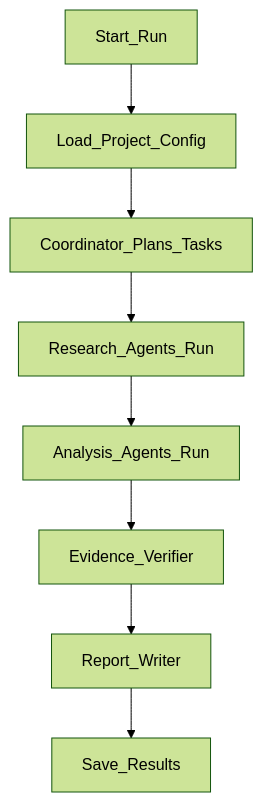
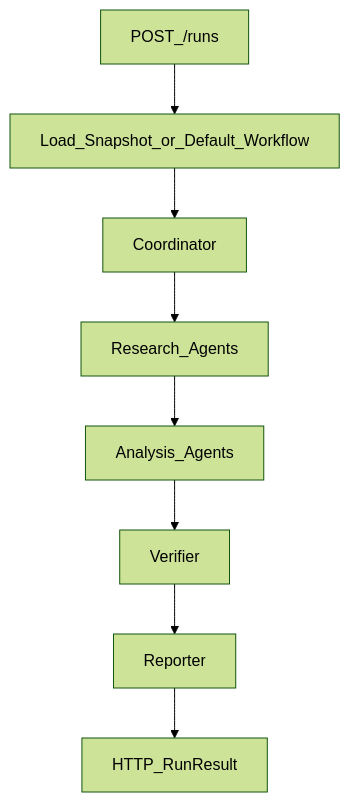
Before and after one commit to yuanjungod/DD_project: the second of 2 diagrams in docs/architecture.md, drawn with Mermaid (forest theme). The commit also changed other lines of this file and 54 other files, not shown here.

First line of the commit message:
feat: diligence sessions, resource UX, workflow templates, config merge

````diff
--- a/docs/architecture.md
+++ b/docs/architecture.md
@@ -73,10 +84,10 @@
 ```mermaid
 flowchart TD
-  Start[Start_Run] --> LoadConfig[Load_Project_Config]
-  LoadConfig --> PlanTasks[Coordinator_Plans_Tasks]
-  PlanTasks --> Research[Research_Agents_Run]
-  Research --> Analyze[Analysis_Agents_Run]
-  Analyze --> Verify[Evidence_Verifier]
-  Verify --> Report[Report_Writer]
-  Report --> SaveResults[Save_Results]
+  Start[POST_/runs] --> LoadConfig[Load_Snapshot_or_Default_Workflow]
+  LoadConfig --> Coordinator[Coordinator]
+  Coordinator --> Research[Research_Agents]
+  Research --> Analyze[Analysis_Agents]
+  Analyze --> Verify[Verifier]
+  Verify --> Report[Reporter]
+  Report --> Respond[HTTP_RunResult]
 ```
````
